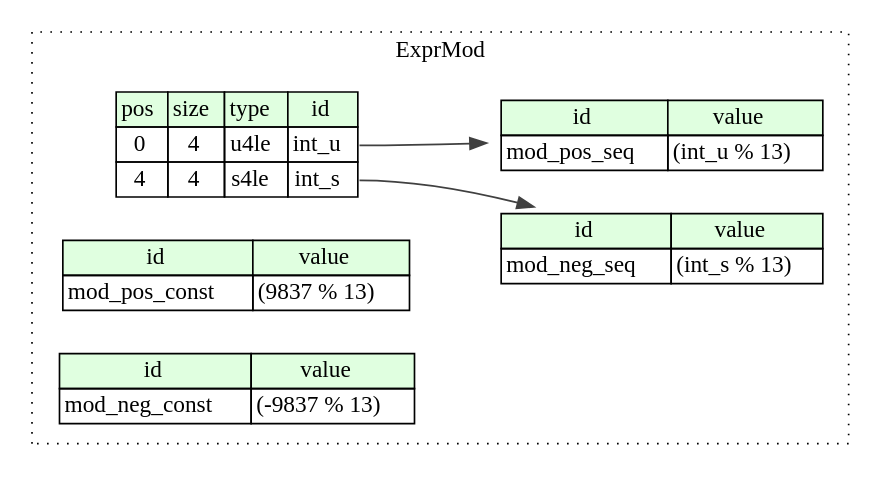
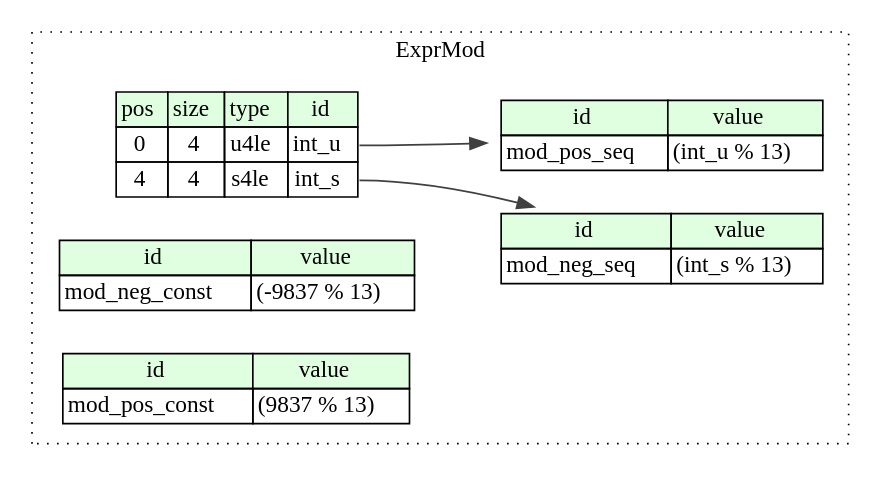
The diagram in compiled/graphviz/expr_mod.dot (kaitai-io/ci_targets), drawn with Graphviz before and after one commit. The commit also changed other lines of this file and 978 other files, not shown here.

```diff
--- a/compiled/graphviz/expr_mod.dot
+++ b/compiled/graphviz/expr_mod.dot
@@ -1,32 +1,32 @@
 digraph {
 	rankdir=LR;
 	node [shape=plaintext];
 	subgraph cluster__expr_mod {
 		label="ExprMod";
 		graph[style=dotted];
 
 		expr_mod__seq [label=<<TABLE BORDER="0" CELLBORDER="1" CELLSPACING="0">
 			<TR><TD BGCOLOR="#E0FFE0">pos</TD><TD BGCOLOR="#E0FFE0">size</TD><TD BGCOLOR="#E0FFE0">type</TD><TD BGCOLOR="#E0FFE0">id</TD></TR>
 			<TR><TD PORT="int_u_pos">0</TD><TD PORT="int_u_size">4</TD><TD>u4le</TD><TD PORT="int_u_type">int_u</TD></TR>
 			<TR><TD PORT="int_s_pos">4</TD><TD PORT="int_s_size">4</TD><TD>s4le</TD><TD PORT="int_s_type">int_s</TD></TR>
 		</TABLE>>];
+		expr_mod__inst__mod_neg_const [label=<<TABLE BORDER="0" CELLBORDER="1" CELLSPACING="0">
+			<TR><TD BGCOLOR="#E0FFE0">id</TD><TD BGCOLOR="#E0FFE0">value</TD></TR>
+			<TR><TD>mod_neg_const</TD><TD>(-9837 % 13)</TD></TR>
+		</TABLE>>];
+		expr_mod__inst__mod_neg_seq [label=<<TABLE BORDER="0" CELLBORDER="1" CELLSPACING="0">
+			<TR><TD BGCOLOR="#E0FFE0">id</TD><TD BGCOLOR="#E0FFE0">value</TD></TR>
+			<TR><TD>mod_neg_seq</TD><TD>(int_s % 13)</TD></TR>
+		</TABLE>>];
 		expr_mod__inst__mod_pos_const [label=<<TABLE BORDER="0" CELLBORDER="1" CELLSPACING="0">
 			<TR><TD BGCOLOR="#E0FFE0">id</TD><TD BGCOLOR="#E0FFE0">value</TD></TR>
 			<TR><TD>mod_pos_const</TD><TD>(9837 % 13)</TD></TR>
-		</TABLE>>];
-		expr_mod__inst__mod_neg_const [label=<<TABLE BORDER="0" CELLBORDER="1" CELLSPACING="0">
-			<TR><TD BGCOLOR="#E0FFE0">id</TD><TD BGCOLOR="#E0FFE0">value</TD></TR>
-			<TR><TD>mod_neg_const</TD><TD>(-9837 % 13)</TD></TR>
 		</TABLE>>];
 		expr_mod__inst__mod_pos_seq [label=<<TABLE BORDER="0" CELLBORDER="1" CELLSPACING="0">
 			<TR><TD BGCOLOR="#E0FFE0">id</TD><TD BGCOLOR="#E0FFE0">value</TD></TR>
 			<TR><TD>mod_pos_seq</TD><TD>(int_u % 13)</TD></TR>
 		</TABLE>>];
-		expr_mod__inst__mod_neg_seq [label=<<TABLE BORDER="0" CELLBORDER="1" CELLSPACING="0">
-			<TR><TD BGCOLOR="#E0FFE0">id</TD><TD BGCOLOR="#E0FFE0">value</TD></TR>
-			<TR><TD>mod_neg_seq</TD><TD>(int_s % 13)</TD></TR>
-		</TABLE>>];
 	}
+	expr_mod__seq:int_s_type -> expr_mod__inst__mod_neg_seq [color="#404040"];
 	expr_mod__seq:int_u_type -> expr_mod__inst__mod_pos_seq [color="#404040"];
-	expr_mod__seq:int_s_type -> expr_mod__inst__mod_neg_seq [color="#404040"];
 }
```
